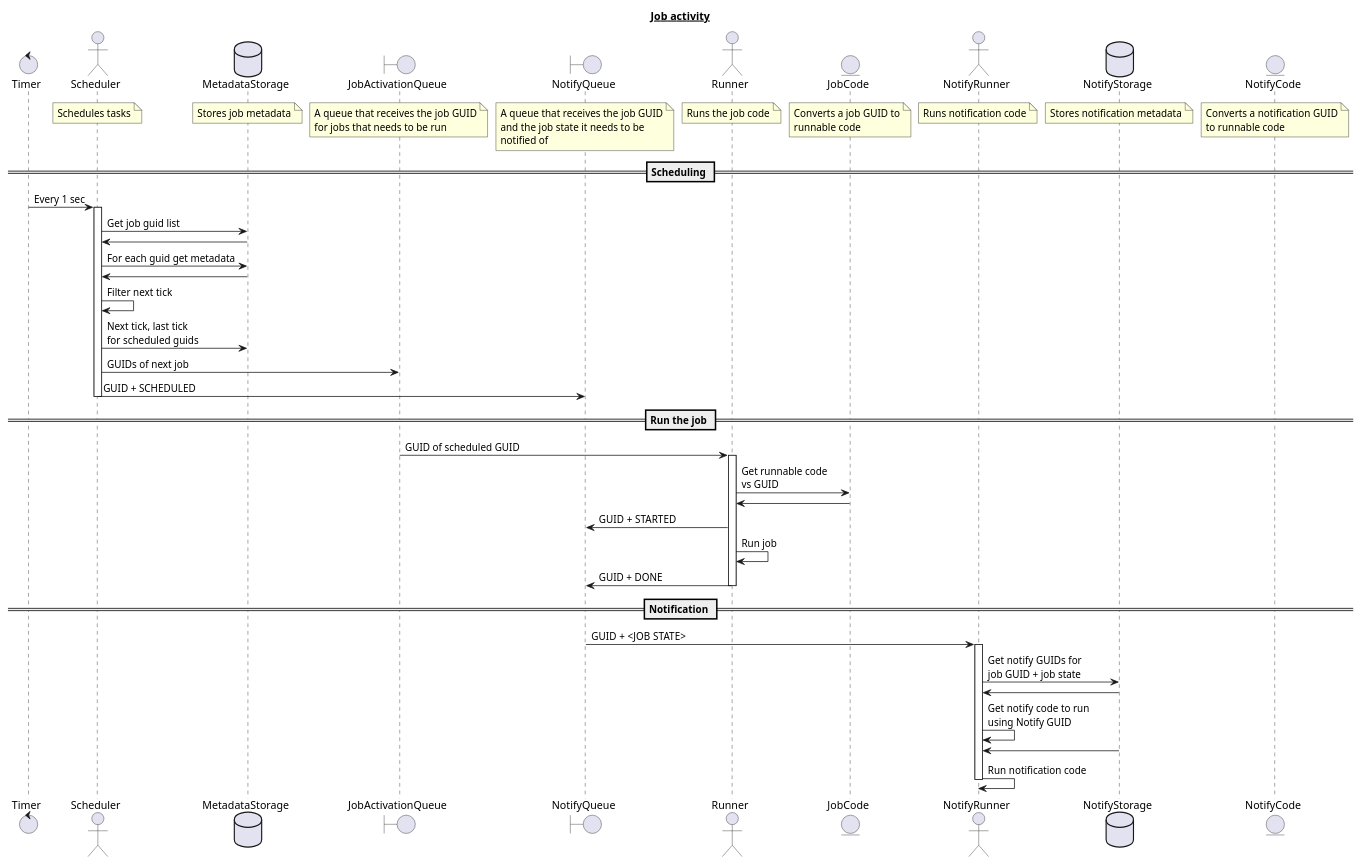
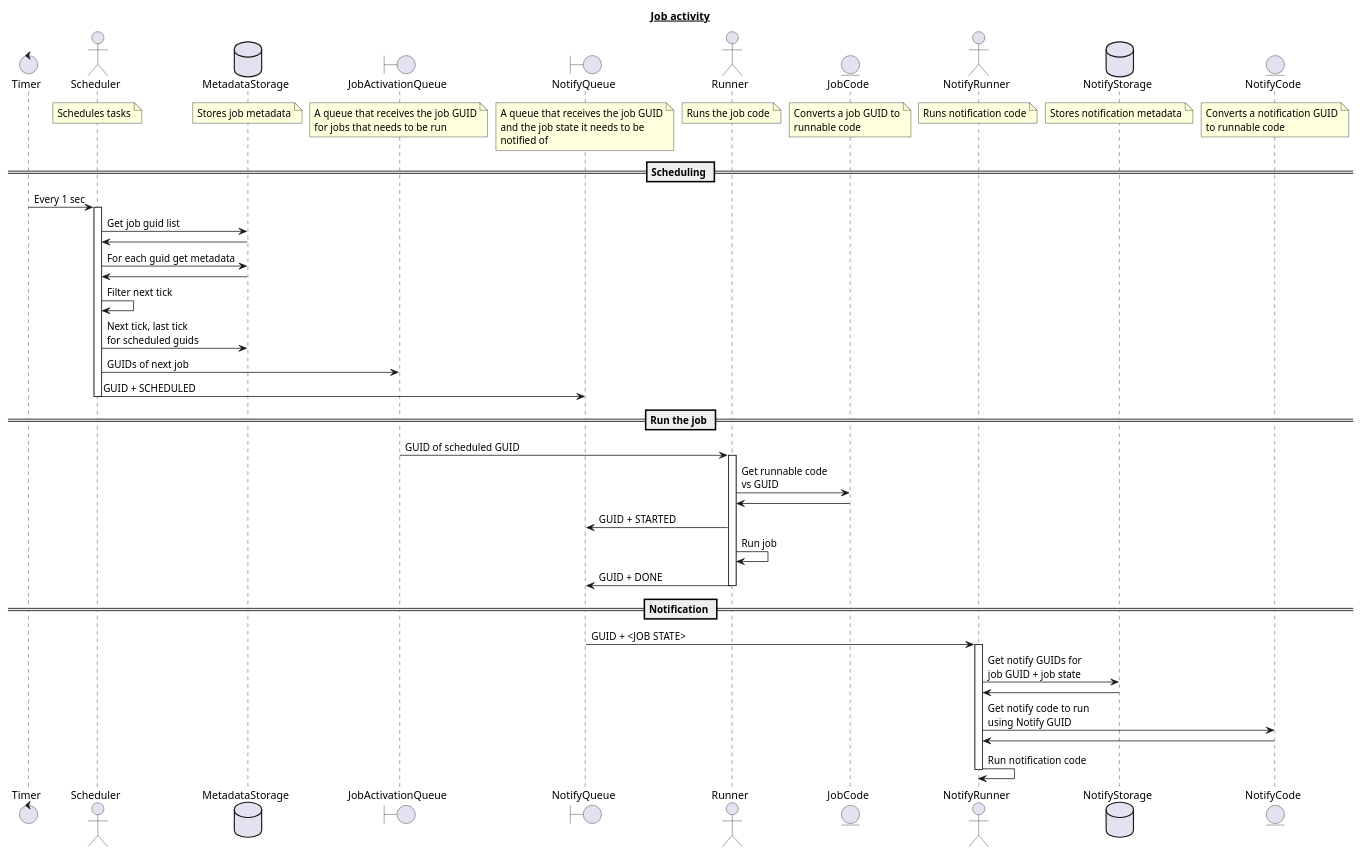
Before and after one commit to mvniekerk/tokio-cron-scheduler: the first of 5 diagrams in design.adoc, drawn with PlantUML. The commit also changed 6 other files, not shown here.

```diff
--- a/design.adoc
+++ b/design.adoc
@@ -37,6 +37,7 @@
 and the job state it needs to be
 notified of
 end note
+
 
 / note over runner
 Runs the job code
@@ -88,8 +89,8 @@
 activate notifyRunner
 notifyRunner -> notifyStorage   : Get notify GUIDs for\njob GUID + job state
 notifyStorage -> notifyRunner
-notifyRunner -> notifyRunner    : Get notify code to run\nusing Notify GUID
-notifyStorage -> notifyRunner
+notifyRunner -> notifyCode    : Get notify code to run\nusing Notify GUID
+notifyCode -> notifyRunner
 notifyRunner -> notifyRunner    : Run notification code
 deactivate notifyRunner
 
```
